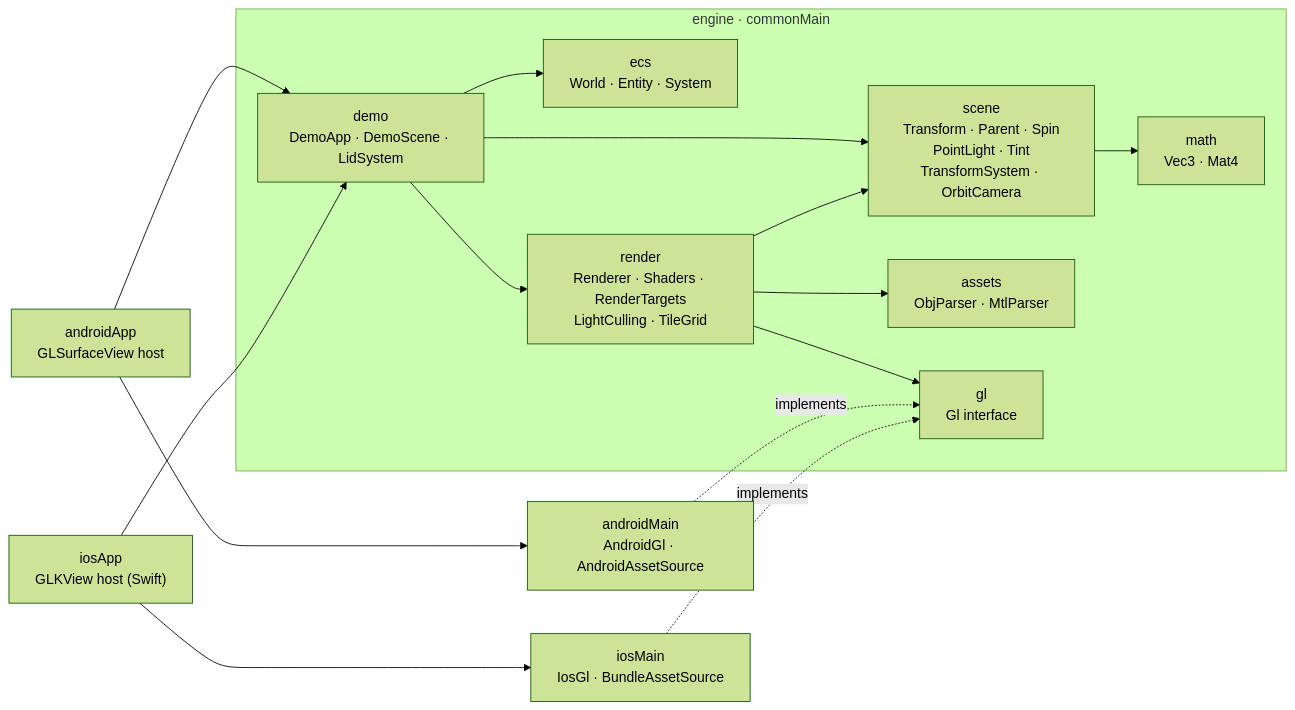
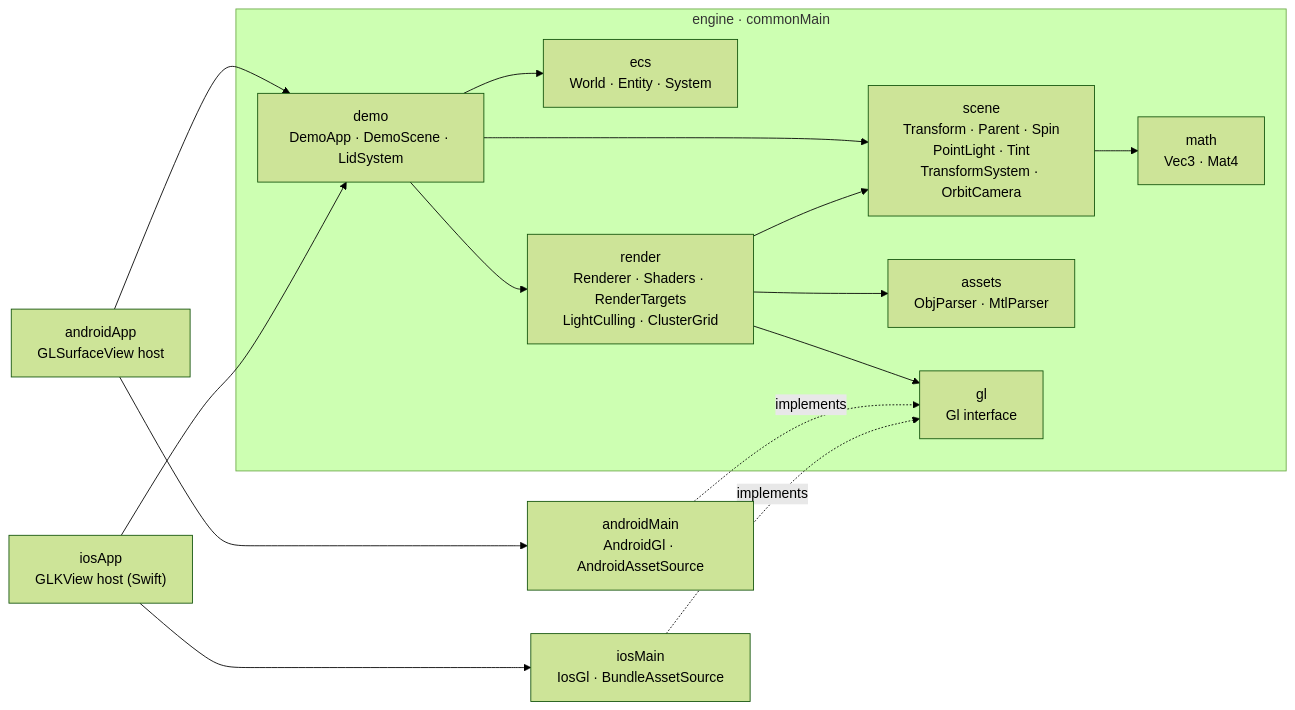
The second of 2 diagrams in README.md (rstanic12/kmp-gl-renderer), drawn with Mermaid (forest theme) before and after one commit. The commit also changed other lines of this file and 5 other files, not shown here.

````diff
--- a/README.md
+++ b/README.md
@@ -79,24 +98,24 @@
 ```mermaid
 flowchart LR
     subgraph common["engine · commonMain"]
         demo["demo<br/>DemoApp · DemoScene · LidSystem"]
         ecs["ecs<br/>World · Entity · System"]
         scene["scene<br/>Transform · Parent · Spin<br/>PointLight · Tint<br/>TransformSystem · OrbitCamera"]
-        render["render<br/>Renderer · Shaders · RenderTargets<br/>LightCulling · TileGrid"]
+        render["render<br/>Renderer · Shaders · RenderTargets<br/>LightCulling · ClusterGrid"]
         assets["assets<br/>ObjParser · MtlParser"]
         gl["gl<br/>Gl interface"]
         math["math<br/>Vec3 · Mat4"]
     end
     android["androidMain<br/>AndroidGl · AndroidAssetSource"]
     ios["iosMain<br/>IosGl · BundleAssetSource"]
     aapp["androidApp<br/>GLSurfaceView host"]
     iapp["iosApp<br/>GLKView host (Swift)"]
 
     demo --> ecs & scene & render
     render --> assets & gl & scene
     scene --> math
     android -. implements .-> gl
     ios -. implements .-> gl
     aapp --> demo & android
     iapp --> demo & ios
 ```
````
